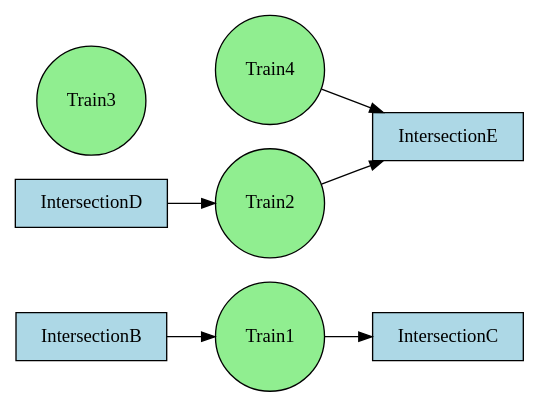
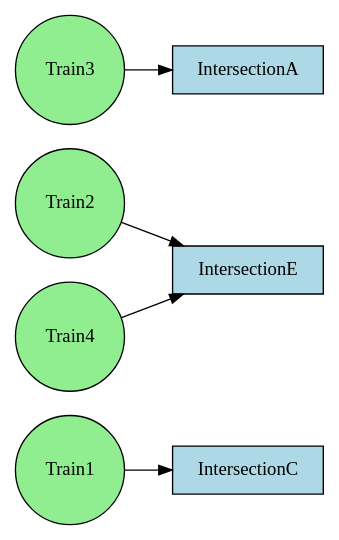
One commit to Epsilon157/Group-D changed the diagram in rag.dot. Above: the diagram before and after it, drawn with Graphviz. The commit also changed 4 other files, not shown here.

```diff
--- a/rag.dot
+++ b/rag.dot
@@ -1,13 +1,12 @@
 digraph RAG {
   rankdir=LR;
   node [shape=rectangle, style=filled, fillcolor=lightblue];
   "Train1" [shape=circle, fillcolor=lightgreen];
-  "IntersectionB" -> "Train1";
   "Train1" -> "IntersectionC";
   "Train2" [shape=circle, fillcolor=lightgreen];
-  "IntersectionD" -> "Train2";
   "Train2" -> "IntersectionE";
   "Train3" [shape=circle, fillcolor=lightgreen];
+  "Train3" -> "IntersectionA";
   "Train4" [shape=circle, fillcolor=lightgreen];
   "Train4" -> "IntersectionE";
 }
```
